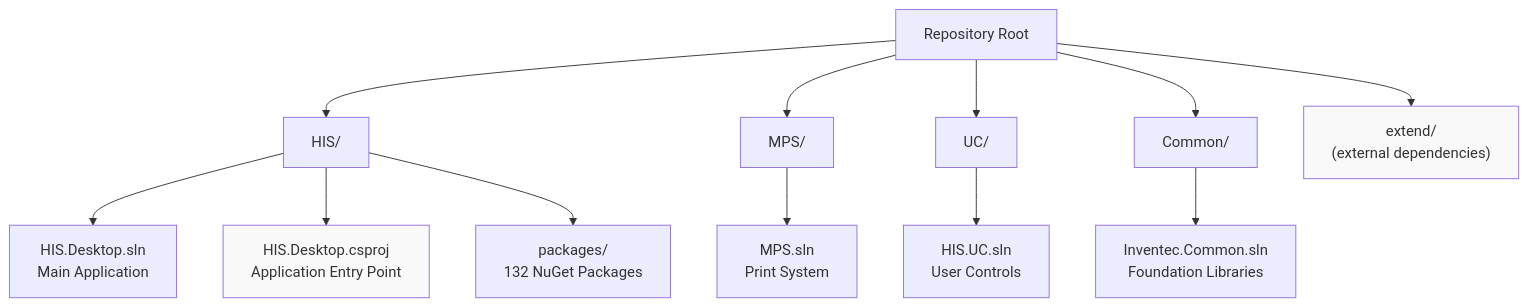
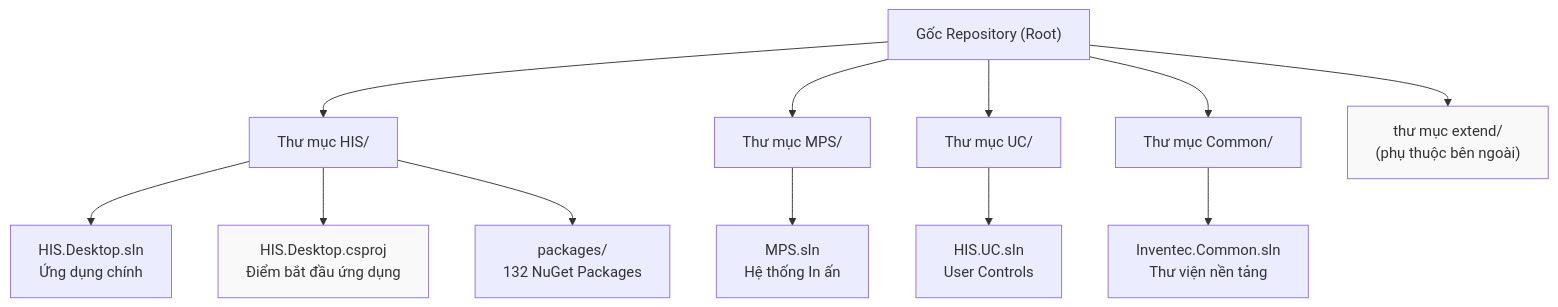
Before and after one commit to thangpnb/HIS: the first of 3 diagrams in docs/his-ba-documentation/99-development/build-setup.md, drawn with Mermaid. The commit also changed other lines of this file and 30 other files, not shown here.

Commit message:
Refactor architecture docs and update translations

````diff
--- a/docs/his-ba-documentation/99-development/build-setup.md
+++ b/docs/his-ba-documentation/99-development/build-setup.md
@@ -49,35 +49,35 @@
 ```mermaid
 graph TB
-    Root["Repository Root"]
+    Root["Gốc Repository (Root)"]
     
-    HIS_Dir["HIS/"]
-    MPS_Dir["MPS/"]
-    UC_Dir["UC/"]
-    Common_Dir["Common/"]
-    Extend_Dir["extend/<br/>(external dependencies)"]
+    HIS_Dir["Thư mục HIS/"]
+    MPS_Dir["Thư mục MPS/"]
+    UC_Dir["Thư mục UC/"]
+    Common_Dir["Thư mục Common/"]
+    Extend_Dir["thư mục extend/<br/>(phụ thuộc bên ngoài)"]
     
-    HIS_Sln["HIS.Desktop.sln<br/>Main Application"]
-    MPS_Sln["MPS.sln<br/>Print System"]
+    HIS_Sln["HIS.Desktop.sln<br/>Ứng dụng chính"]
+    MPS_Sln["MPS.sln<br/>Hệ thống In ấn"]
     UC_Sln["HIS.UC.sln<br/>User Controls"]
-    Common_Sln["Inventec.Common.sln<br/>Foundation Libraries"]
+    Common_Sln["Inventec.Common.sln<br/>Thư viện nền tảng"]
     
-    HIS_Csproj["HIS.Desktop.csproj<br/>Application Entry Point"]
+    HIS_Csproj["HIS.Desktop.csproj<br/>Điểm bắt đầu ứng dụng"]
     Packages["packages/<br/>132 NuGet Packages"]
     
     Root --> HIS_Dir
     Root --> MPS_Dir
     Root --> UC_Dir
     Root --> Common_Dir
     Root --> Extend_Dir
     
     HIS_Dir --> HIS_Sln
     HIS_Dir --> HIS_Csproj
     HIS_Dir --> Packages
     
     MPS_Dir --> MPS_Sln
     UC_Dir --> UC_Sln
     Common_Dir --> Common_Sln
     
     style HIS_Csproj fill:#f9f9f9
     style Extend_Dir fill:#f9f9f9
 ```
````
